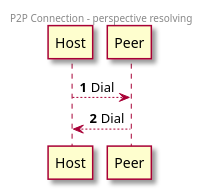
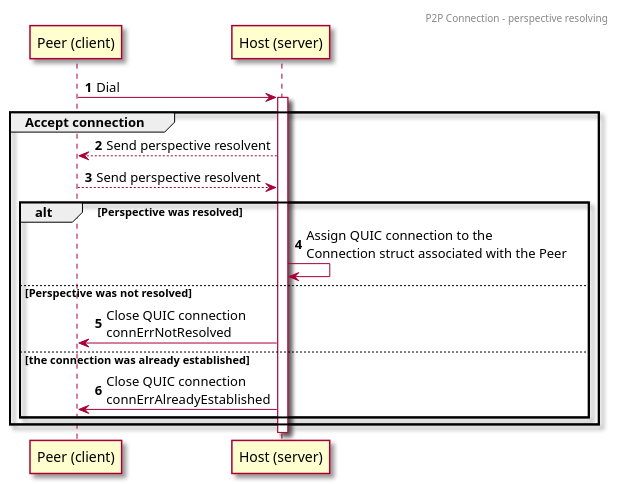
The diagram in p2p/connection/docs/perspective-resolving.puml (Zamerykanizowana/replicated-file-system), drawn with PlantUML before and after one commit. The commit also changed 10 other files, not shown here.

```diff
--- a/p2p/connection/docs/perspective-resolving.puml
+++ b/p2p/connection/docs/perspective-resolving.puml
@@ -1,16 +1,26 @@
 @startuml
 'https://plantuml.com/sequence-diagram
 
 skin rose
 
 header P2P Connection - perspective resolving
 
-participant Host
-participant Peer
+participant "Peer (client)" as Peer
+participant "Host (server)" as Host
 
 autonumber
 
-Host --> Peer: Dial
-Peer --> Host: Dial
+Peer -> Host ++ : Dial
+group Accept connection
+    Host --> Peer: Send perspective resolvent
+    Peer --> Host: Send perspective resolvent
+    alt Perspective was resolved
+        Host -> Host: Assign QUIC connection to the\nConnection struct associated with the Peer
+    else Perspective was not resolved
+        Host -> Peer: Close QUIC connection\nconnErrNotResolved
+    else the connection was already established
+        Host -> Peer: Close QUIC connection\nconnErrAlreadyEstablished
+    end
+end
 
 @enduml
```
